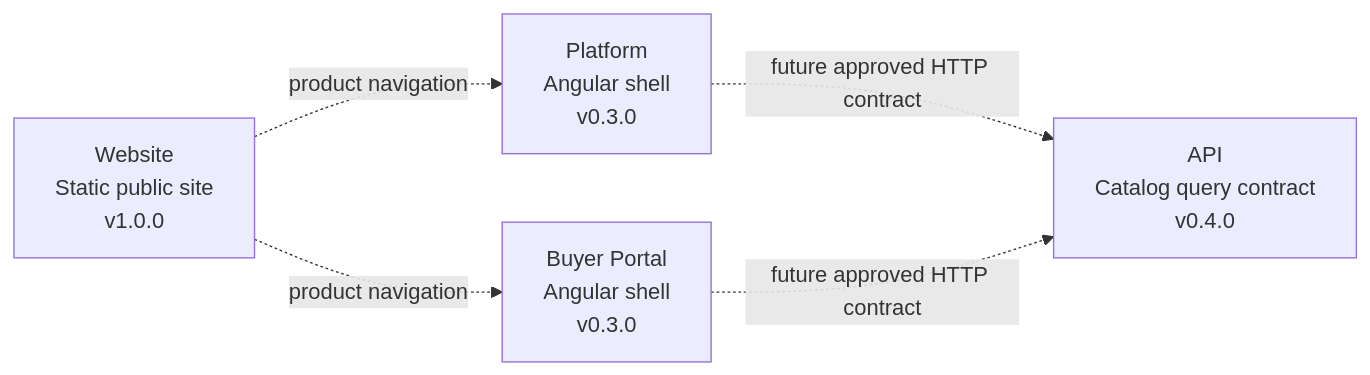
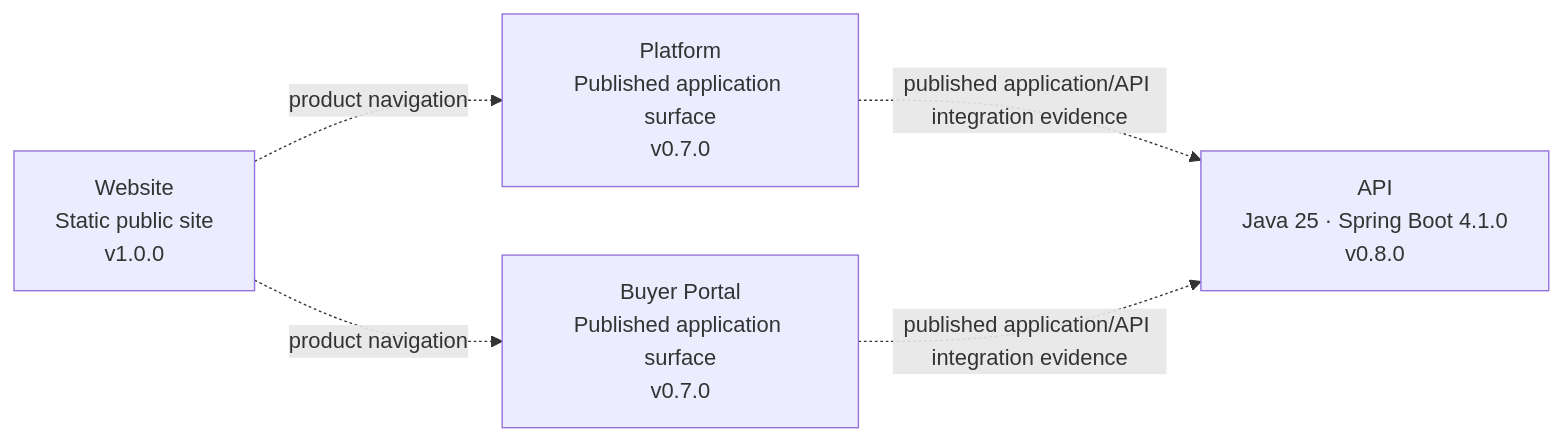
The diagram in README.md (nexa-suite/mobile), drawn with Mermaid before and after one commit. The commit also changed other lines of this file and 2 other files, not shown here.

Commit message:
docs(repo): align suite metadata with current release evidence

````diff
--- a/README.md
+++ b/README.md
@@ -27,12 +27,12 @@
 ```mermaid
 flowchart LR
     Website["Website<br/>Static public site<br/>v1.0.0"]
-    Platform["Platform<br/>Angular shell<br/>v0.3.0"]
-    Portal["Buyer Portal<br/>Angular shell<br/>v0.3.0"]
-    API["API<br/>Catalog query contract<br/>v0.4.0"]
+    Platform["Platform<br/>Published application surface<br/>v0.7.0"]
+    Portal["Buyer Portal<br/>Published application surface<br/>v0.7.0"]
+    API["API<br/>Java 25 · Spring Boot 4.1.0<br/>v0.8.0"]
 
     Website -. "product navigation" .-> Platform
     Website -. "product navigation" .-> Portal
-    Platform -. "future approved HTTP contract" .-> API
-    Portal -. "future approved HTTP contract" .-> API
+    Platform -. "published application/API integration evidence" .-> API
+    Portal -. "published application/API integration evidence" .-> API
 ```
````
